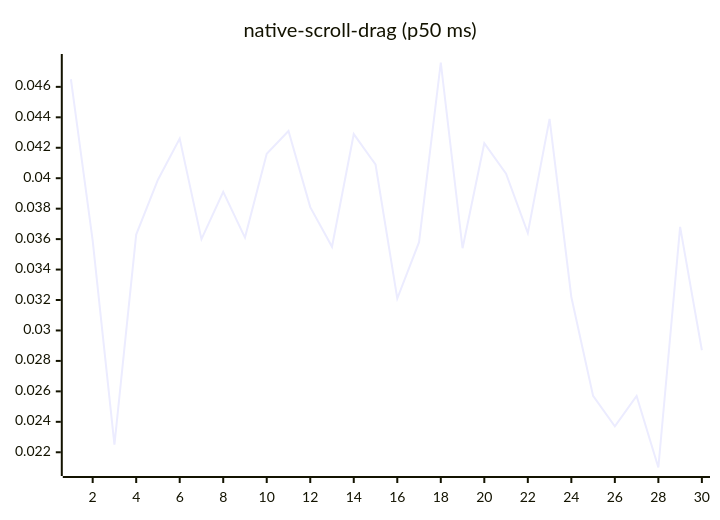
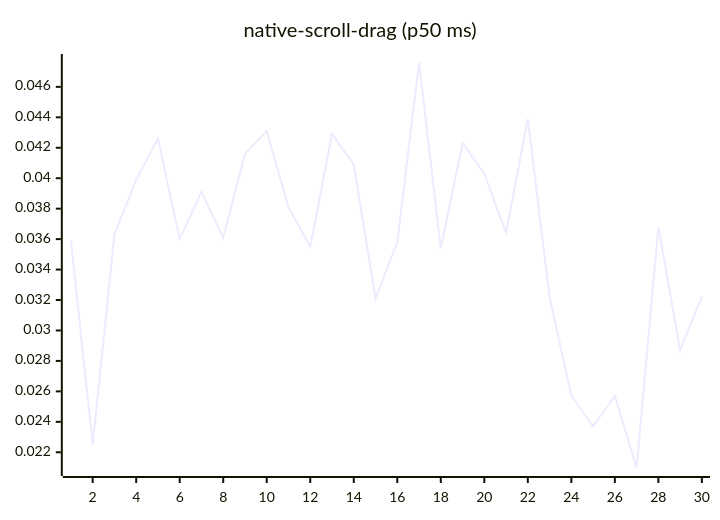
Diagram 14 of 27 in README.md (josha/Facet), drawn with Mermaid before and after one commit. The commit also changed other lines of this file and 2 other files, not shown here.

````diff
--- a/README.md
+++ b/README.md
@@ -154,6 +154,6 @@
 ```mermaid
 xychart-beta
     title "native-scroll-drag (p50 ms)"
     x-axis 1 --> 30
-    line [0.0465, 0.0359, 0.0225, 0.0363, 0.0399, 0.0426, 0.0360, 0.0391, 0.0361, 0.0416, 0.0431, 0.0381, 0.0355, 0.0429, 0.0409, 0.0321, 0.0358, 0.0476, 0.0354, 0.0423, 0.0403, 0.0364, 0.0439, 0.0322, 0.0257, 0.0237, 0.0257, 0.0210, 0.0368, 0.0287]
+    line [0.0359, 0.0225, 0.0363, 0.0399, 0.0426, 0.0360, 0.0391, 0.0361, 0.0416, 0.0431, 0.0381, 0.0355, 0.0429, 0.0409, 0.0321, 0.0358, 0.0476, 0.0354, 0.0423, 0.0403, 0.0364, 0.0439, 0.0322, 0.0257, 0.0237, 0.0257, 0.0210, 0.0368, 0.0287, 0.0322]
 ```
````
